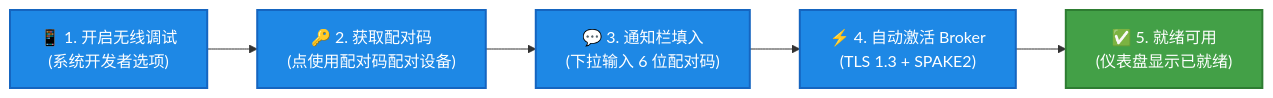
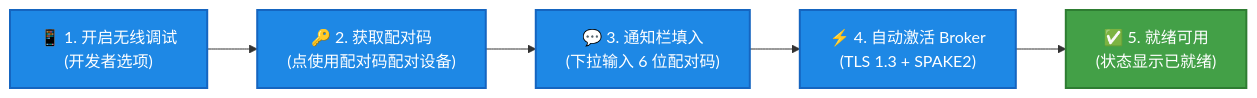
The first of 3 diagrams in README.md (LianXia233/android-privilege-broker), drawn with Mermaid before and after one commit. The commit also changed other lines of this file and 90 other files, not shown here.

````diff
--- a/README.md
+++ b/README.md
@@ -169,12 +103,12 @@
 ```mermaid
 flowchart LR
-    A["📱 1. 开启无线调试<br/>(系统开发者选项)"] --> B["🔑 2. 获取配对码<br/>(点使用配对码配对设备)"]
+    A["📱 1. 开启无线调试<br/>(开发者选项)"] --> B["🔑 2. 获取配对码<br/>(点使用配对码配对设备)"]
     B --> C["💬 3. 通知栏填入<br/>(下拉输入 6 位配对码)"]
     C --> D["⚡ 4. 自动激活 Broker<br/>(TLS 1.3 + SPAKE2)"]
-    D --> E["✅ 5. 就绪可用<br/>(仪表盘显示已就绪)"]
+    D --> E["✅ 5. 就绪可用<br/>(状态显示已就绪)"]
 
     classDef step fill:#1e88e5,stroke:#1565c0,stroke-width:2px,color:#fff;
     classDef finish fill:#43a047,stroke:#2e7d32,stroke-width:2px,color:#fff;
     class A,B,C,D step;
     class E finish;
 ```
````
